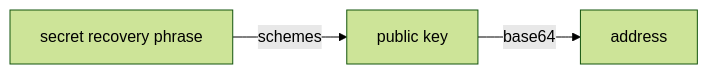
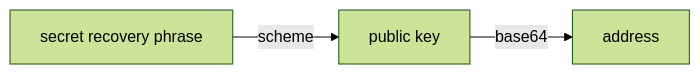
Before and after one commit to abhi3700/sui-playground: the second of 2 diagrams in cli/README.md, drawn with Mermaid (forest theme). The commit also changed other lines of this file and 2 other files, not shown here.

````diff
--- a/cli/README.md
+++ b/cli/README.md
@@ -31,4 +41,4 @@
   ```mermaid
   graph LR
-  A[secret recovery phrase] --schemes--> B[public key] --base64--> C[address]
+  A[secret recovery phrase] --scheme--> B[public key] --base64--> C[address]
   ```
````
